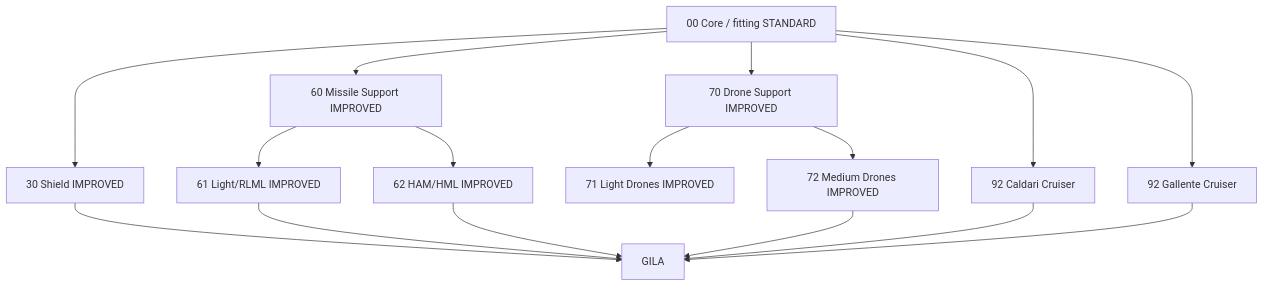
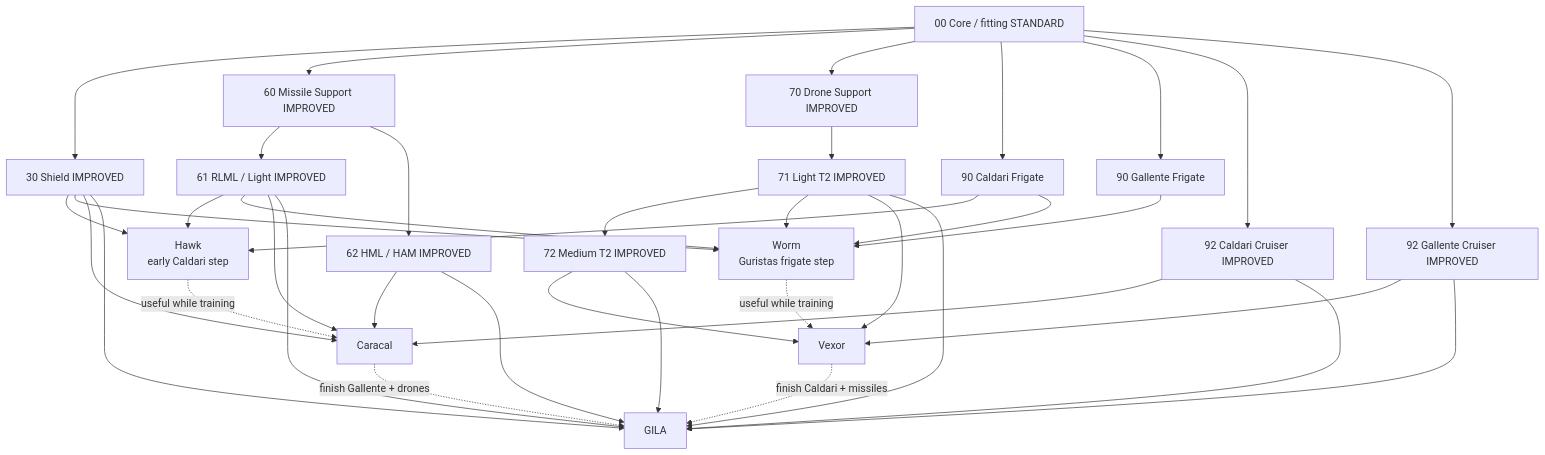
Before and after one commit to Blizbor/EvE-Modular-Skillplans: the diagram in training-paths/gila/DIAGRAM-EN.md, drawn with Mermaid. The commit also changed 32 other files, not shown here.

````diff
--- a/training-paths/gila/DIAGRAM-EN.md
+++ b/training-paths/gila/DIAGRAM-EN.md
@@ -5,18 +5,49 @@
 ```mermaid
 flowchart TD
     A[00 Core / fitting STANDARD] --> B[30 Shield IMPROVED]
     A --> M[60 Missile Support IMPROVED]
+    M --> M1[61 RLML / Light IMPROVED]
+    M --> M2[62 HML / HAM IMPROVED]
+
     A --> D[70 Drone Support IMPROVED]
-    M --> M1[61 Light/RLML IMPROVED]
-    M --> M2[62 HAM/HML IMPROVED]
-    D --> D1[71 Light Drones IMPROVED]
-    D --> D2[72 Medium Drones IMPROVED]
-    A --> C[92 Caldari Cruiser]
-    A --> G[92 Gallente Cruiser]
+    D --> D1[71 Light T2 IMPROVED]
+    D1 --> D2[72 Medium T2 IMPROVED]
+
+    A --> CF[90 Caldari Frigate]
+    A --> GF[90 Gallente Frigate]
+    CF --> HAWK[Hawk
+early Caldari step]
+    B --> HAWK
+    M1 --> HAWK
+
+    CF --> W[Worm
+Guristas frigate step]
+    GF --> W
+    D1 --> W
+    B --> W
+    M1 --> W
+
+    A --> C[92 Caldari Cruiser IMPROVED]
+    C --> CAR[Caracal]
+    B --> CAR
+    M1 --> CAR
+    M2 --> CAR
+
+    A --> G[92 Gallente Cruiser IMPROVED]
+    G --> VEX[Vexor]
+    D1 --> VEX
+    D2 --> VEX
+
     B --> X[GILA]
     M1 --> X
     M2 --> X
+    D1 --> X
     D2 --> X
     C --> X
     G --> X
+
+    HAWK -. useful while training .-> CAR
+    W -. useful while training .-> VEX
+    CAR -. finish Gallente + drones .-> X
+    VEX -. finish Caldari + missiles .-> X
 ```
````
